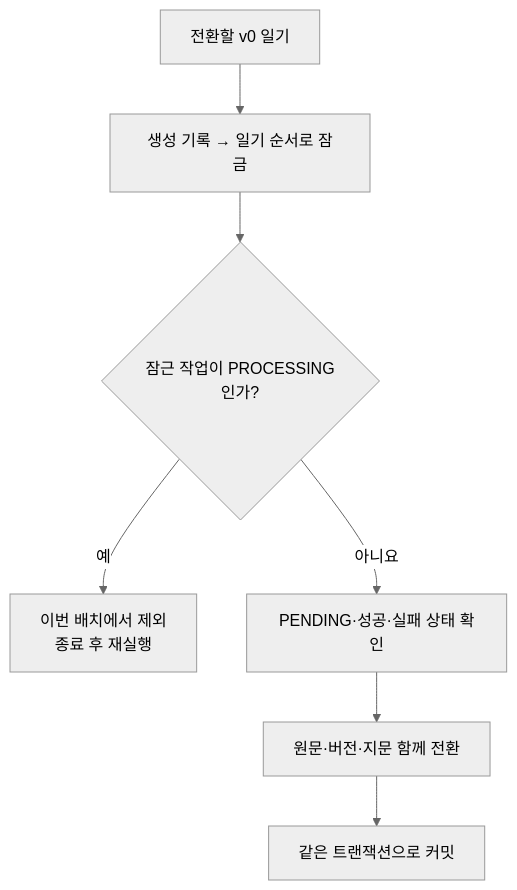
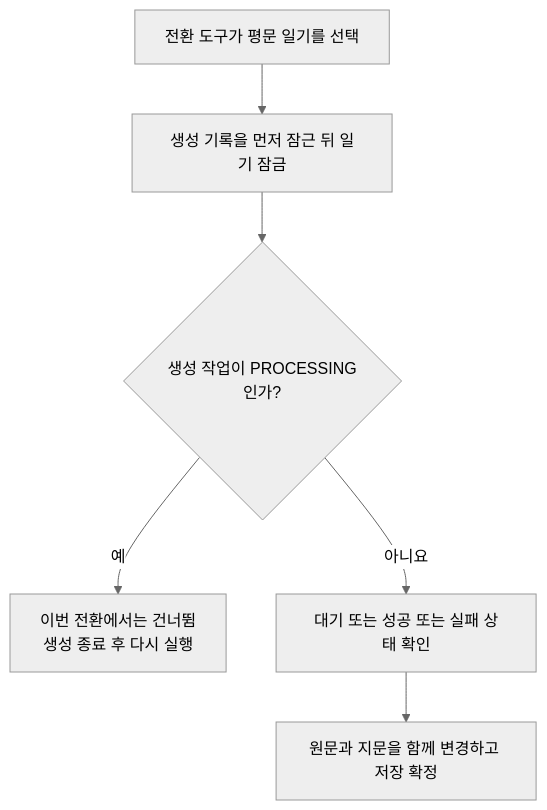
Before and after one commit to woowacourse-teams/2026-Harudle: the fourth of 12 diagrams in backend/docs/diary-source-text-migration-scenarios.md, drawn with Mermaid (neutral theme). The commit also changed other lines of this file and 4 other files, not shown here.

````diff
--- a/backend/docs/diary-source-text-migration-scenarios.md
+++ b/backend/docs/diary-source-text-migration-scenarios.md
@@ -70,9 +88,8 @@
 ```mermaid
 flowchart TD
-    row["전환할 v0 일기"] --> lock["생성 기록 → 일기 순서로 잠금"]
-    lock --> processing{"잠근 작업이 PROCESSING인가?"}
-    processing -->|예| skip["이번 배치에서 제외<br/>종료 후 재실행"]
-    processing -->|아니요| eligible["PENDING·성공·실패 상태 확인"]
-    eligible --> convert["원문·버전·지문 함께 전환"]
-    convert --> commit["같은 트랜잭션으로 커밋"]
+    row["전환 도구가 평문 일기를 선택"] --> lock["생성 기록을 먼저 잠근 뒤 일기 잠금"]
+    lock --> processing{"생성 작업이 PROCESSING인가?"}
+    processing -->|예| skip["이번 전환에서는 건너뜀<br/>생성 종료 후 다시 실행"]
+    processing -->|아니요| state["대기 또는 성공 또는 실패 상태 확인"]
+    state --> convert["원문과 지문을 함께 변경하고 저장 확정"]
 ```
````
